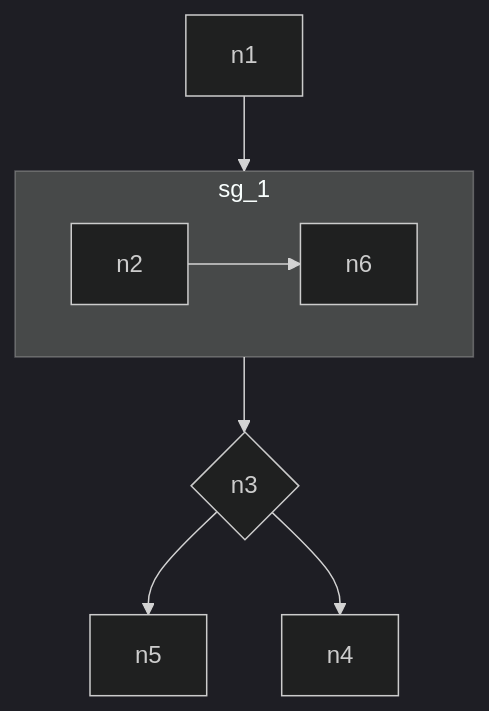
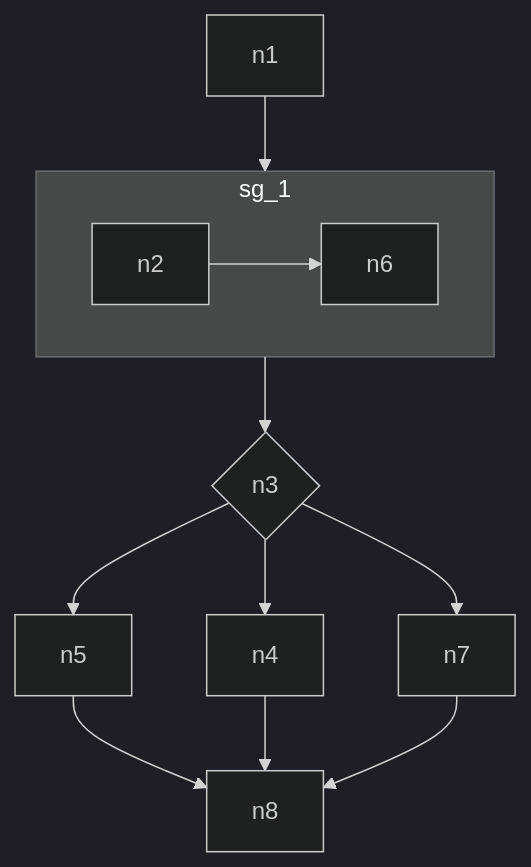
One commit to noriyuki-lim/obsidian-mermaid-gui changed the diagram in docs/mermaid-gui-test.md. Above: the diagram before and after it, drawn with Mermaid (dark theme). The commit also changed 8 other files, not shown here.

Commit message:
Add flowchart edge inspector and source sorting

````diff
--- a/docs/mermaid-gui-test.md
+++ b/docs/mermaid-gui-test.md
@@ -6,14 +6,18 @@
 ```mermaid
 flowchart TD
   n3{n3}
   subgraph sg_1 [sg_1]
     direction LR
     n2[n2]
     n6[n6]
   end
   n1 --> sg_1
   sg_1 --> n3
   n3 --> n5
   n3 --> n4
   n2 --> n6
+  n3 --> n7
+  n5 --> n8
+  n4 --> n8
+  n7 --> n8
 ```
````
